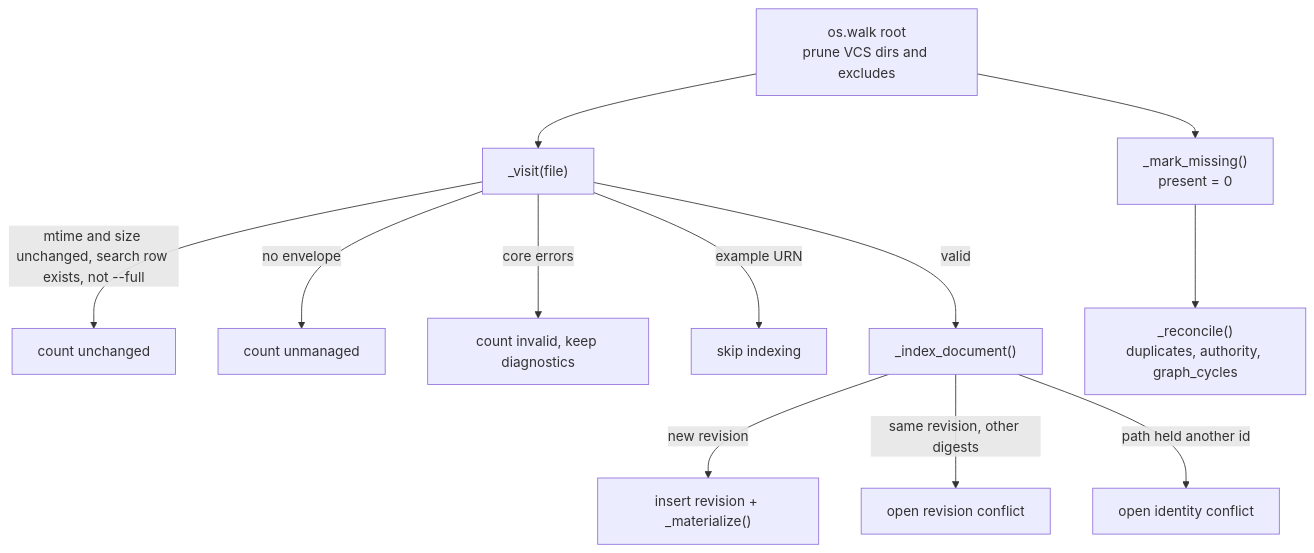
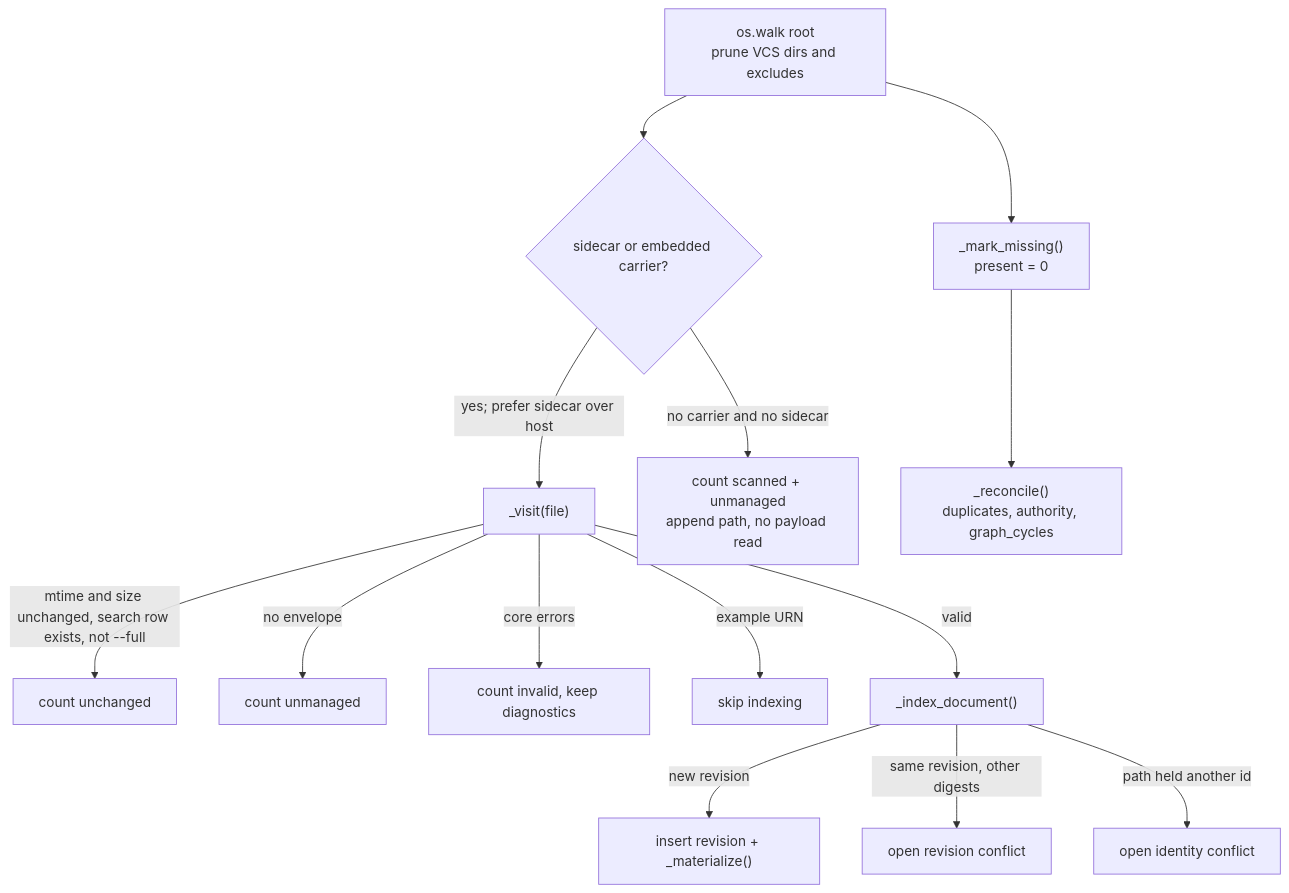
Before and after one commit to calisweetleaf/somnus-metadata: the diagram in droid-wiki/systems/registry.md, drawn with Mermaid. The commit also changed other lines of this file and 38 other files, not shown here.

````diff
--- a/droid-wiki/systems/registry.md
+++ b/droid-wiki/systems/registry.md
@@ -110,14 +90,16 @@
 ```mermaid
 graph TD
-    Walk["os.walk root<br/>prune VCS dirs and excludes"] --> Visit["_visit(file)"]
+    Walk["os.walk root<br/>prune VCS dirs and excludes"] --> Carrier{"sidecar or embedded carrier?"}
+    Carrier -->|"yes; prefer sidecar over host"| Visit["_visit(file)"]
+    Carrier -->|"no carrier and no sidecar"| Discover["count scanned + unmanaged<br/>append path, no payload read"]
     Visit -->|"mtime and size unchanged, search row exists, not --full"| Unchanged["count unchanged"]
     Visit -->|"no envelope"| Unmanaged["count unmanaged"]
     Visit -->|"core errors"| Invalid["count invalid, keep diagnostics"]
     Visit -->|"example URN"| Example["skip indexing"]
     Visit -->|"valid"| Index["_index_document()"]
     Index -->|"new revision"| Mat["insert revision + _materialize()"]
     Index -->|"same revision, other digests"| RevC["open revision conflict"]
     Index -->|"path held another id"| IdC["open identity conflict"]
     Walk --> Missing["_mark_missing()<br/>present = 0"]
     Missing --> Rec["_reconcile()<br/>duplicates, authority, graph_cycles"]
 ```
````
